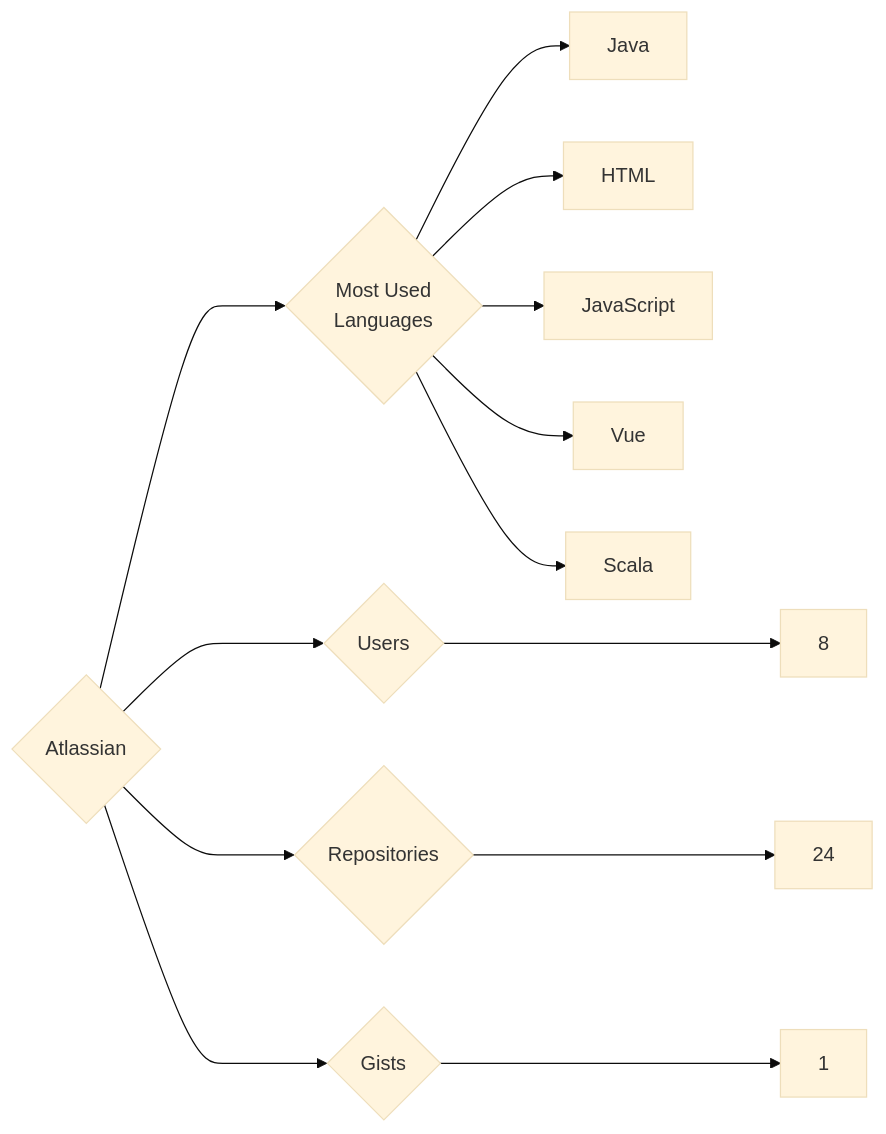
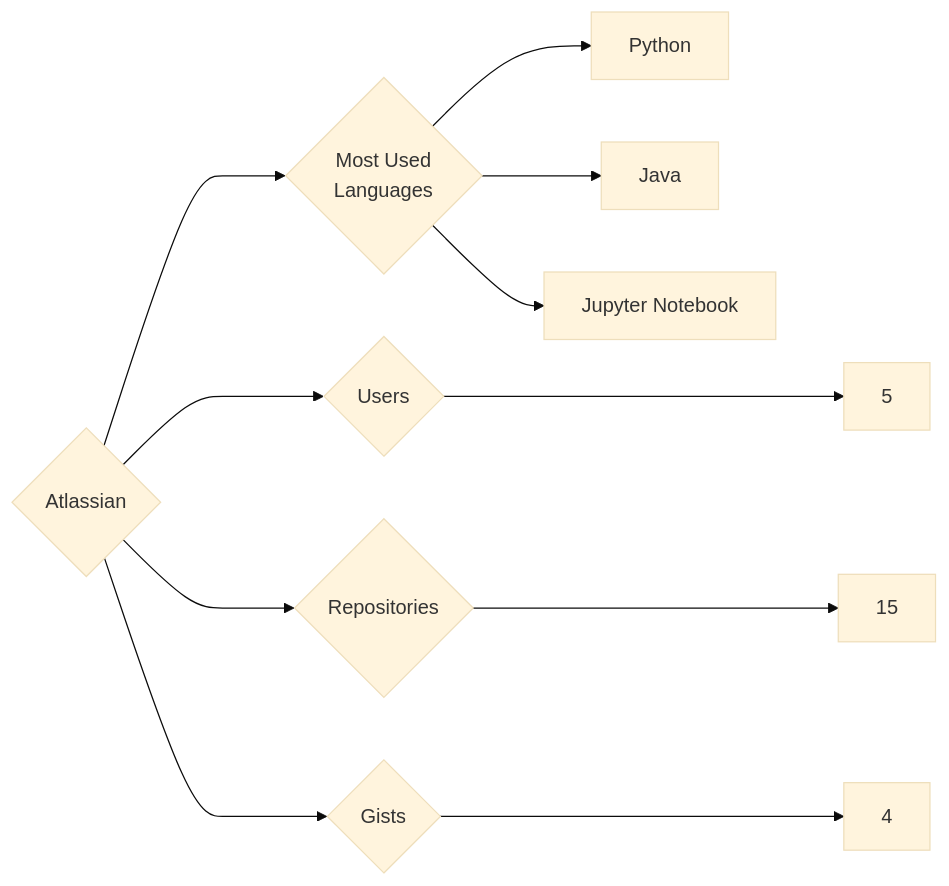
The diagram in targets/Atlassian/README.md (trickest/insiders), drawn with Mermaid (base theme) before and after one commit. The commit also changed 1166 other files, not shown here.

````diff
--- a/targets/Atlassian/README.md
+++ b/targets/Atlassian/README.md
@@ -3,13 +3,11 @@
 ```mermaid
 graph LR
 COMPANY_NAME{Atlassian}
-COMPANY_NAME ---> U{Users} ---> UN[8]
-COMPANY_NAME ---> R{Repositories} ---> RN[24]
-COMPANY_NAME ---> G{Gists} ---> GN[1]
+COMPANY_NAME ---> U{Users} ---> UN[5]
+COMPANY_NAME ---> R{Repositories} ---> RN[15]
+COMPANY_NAME ---> G{Gists} ---> GN[4]
 COMPANY_NAME ---> ML{Most Used<br>Languages}
+ML --> Python[Python]
 ML --> Java[Java]
-ML --> HTML[HTML]
-ML --> JavaScript[JavaScript]
-ML --> Vue[Vue]
-ML --> Scala[Scala]
+ML --> Jupyter_Notebook[Jupyter Notebook]
 ```
````
